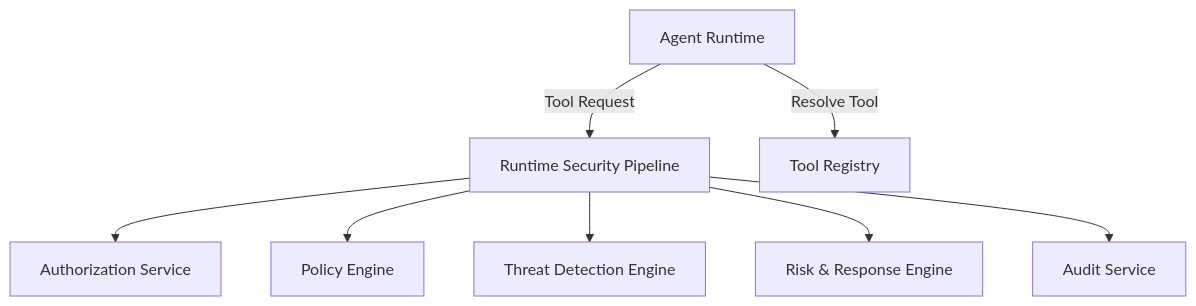
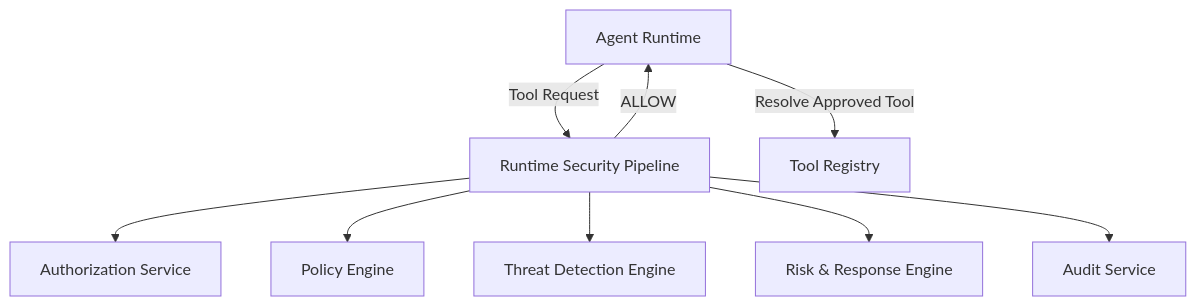
Before and after one commit to mathurshubh/enterprise-agent-security-platform: the second of 3 diagrams in docs/architecture/system-architecture.md, drawn with Mermaid. The commit also changed other lines of this file and 19 other files, not shown here.

````diff
--- a/docs/architecture/system-architecture.md
+++ b/docs/architecture/system-architecture.md
@@ -87,10 +93,11 @@
 ```mermaid
 flowchart TD
     Agent[Agent Runtime] -->|Tool Request| Pipeline[Runtime Security Pipeline]
-    Agent -->|Resolve Tool| Registry[Tool Registry]
     Pipeline --> Auth[Authorization Service]
     Pipeline --> Policy[Policy Engine]
     Pipeline --> Threat[Threat Detection Engine]
     Pipeline --> Risk[Risk & Response Engine]
     Pipeline --> Audit[Audit Service]
+    Pipeline -->|ALLOW| Agent
+    Agent -->|Resolve Approved Tool| Registry[Tool Registry]
 ```
````
